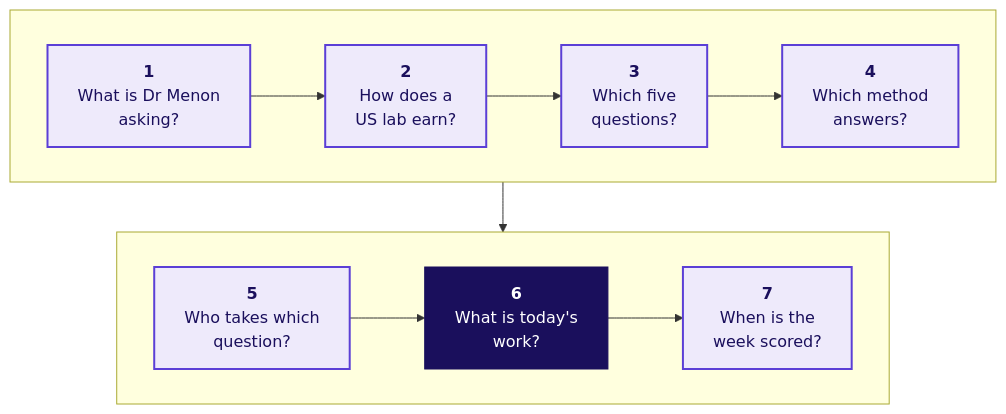
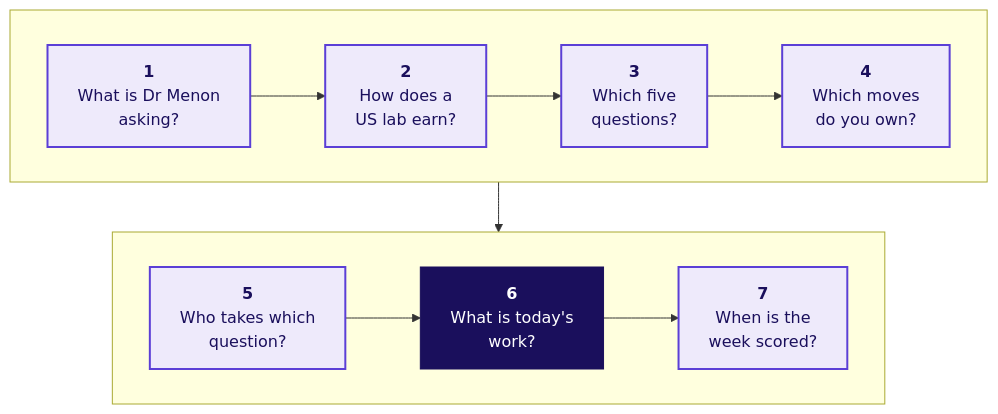
Before and after one commit to fde-academy-lab/c2-content-factory: the first of 22 diagrams in content/W03/D1/slides/C2_W03_D01_introduction_STUDENT.md, drawn with Mermaid. The commit also changed other lines of this file and 15 other files, not shown here.

````diff
--- a/content/W03/D1/slides/C2_W03_D01_introduction_STUDENT.md
+++ b/content/W03/D1/slides/C2_W03_D01_introduction_STUDENT.md
@@ -24,16 +23,16 @@
 ```mermaid
 flowchart TB
     subgraph R1[" "]
         direction LR
-        Q1["<b>1</b><br/>What is Dr Menon<br/>asking?"] --> Q2["<b>2</b><br/>How does a<br/>US lab earn?"] --> Q3["<b>3</b><br/>Which five<br/>questions?"] --> Q4["<b>4</b><br/>Which method<br/>answers?"]
+        Q1["<b>1</b><br/>What is Dr Menon<br/>asking?"] --> Q2["<b>2</b><br/>How does a<br/>US lab earn?"] --> Q3["<b>3</b><br/>Which five<br/>questions?"] --> Q4["<b>4</b><br/>Which moves<br/>do you own?"]
     end
     subgraph R2[" "]
         direction LR
         Q5["<b>5</b><br/>Who takes which<br/>question?"] --> Q6["<b>6</b><br/>What is today's<br/>work?"] --> Q7["<b>7</b><br/>When is the<br/>week scored?"]
     end
     R1 --> R2
     classDef known fill:#EEEAFB,stroke:#5B3FD6,color:#1A0F5C,stroke-width:2px
     classDef bet fill:#1A0F5C,stroke:#1A0F5C,color:#FFFFFF
     class Q1,Q2,Q3,Q4,Q5,Q7 known
     class Q6 bet
 ```
````
